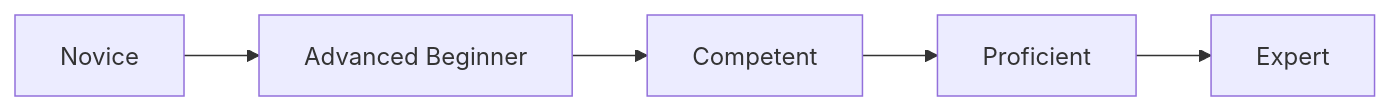
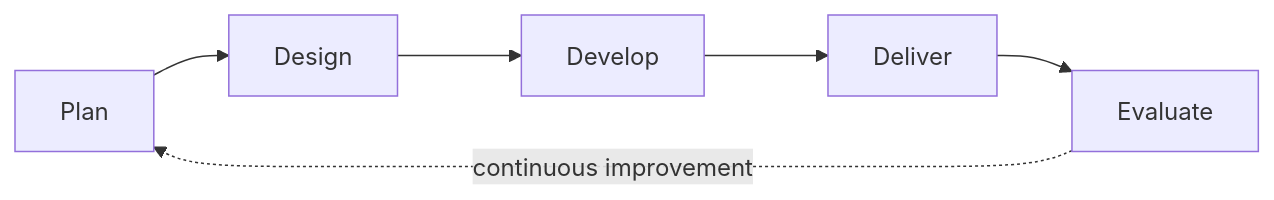
One commit to elixir-europe-training/ELIXIR-TrP-GOBLET-Train-the-Trainer changed the first of 3 diagrams in docs/module_1/index.md. Above: the diagram before and after it, drawn with Mermaid. The commit also changed other lines of this file, not shown here.

````diff
--- a/docs/module_1/index.md
+++ b/docs/module_1/index.md
@@ -678,4 +73,4 @@
 ```mermaid
 flowchart LR
-    N[Novice] --> AB[Advanced Beginner] --> C[Competent] --> P[Proficient] --> E[Expert]
+    P[Plan] --> D[Design] --> DV[Develop] --> DL[Deliver] --> E[Evaluate] -.continuous improvement.-> P
 ```
````
